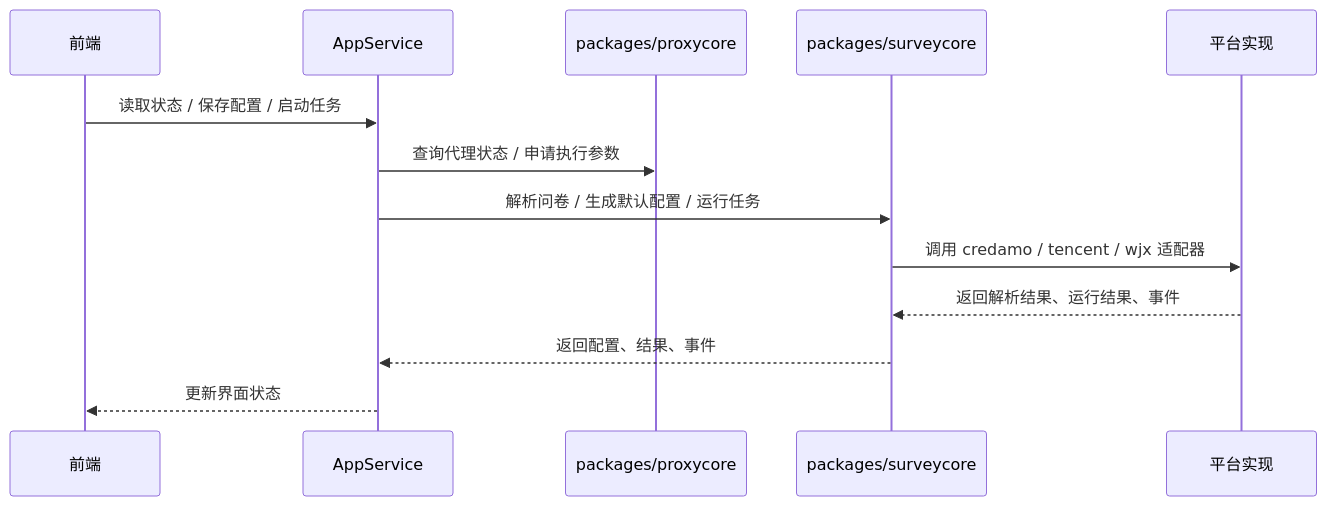
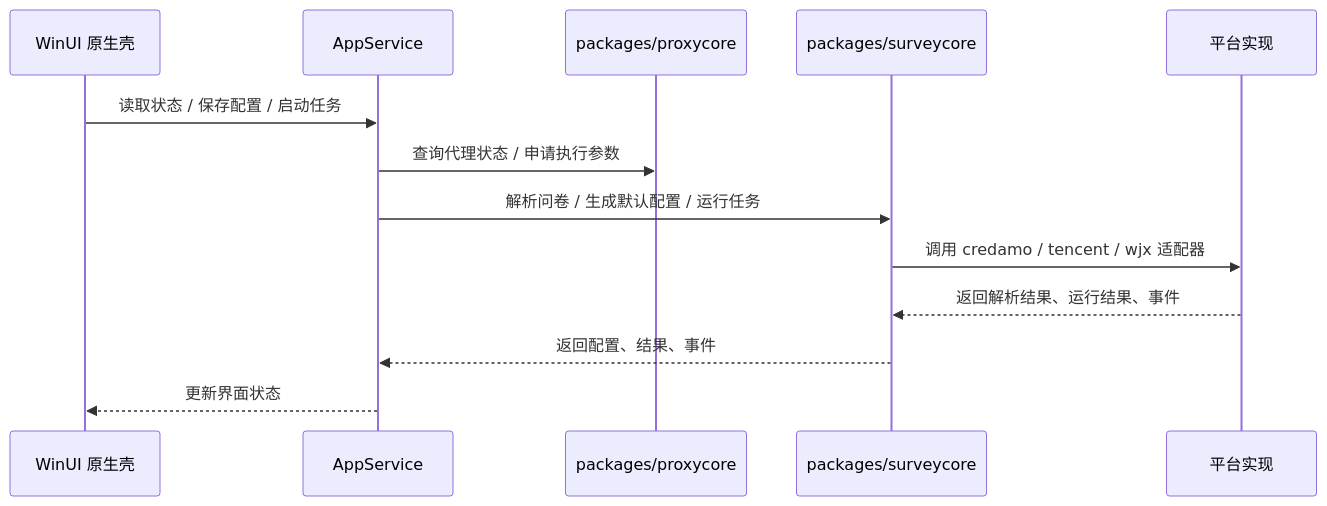
The second of 2 diagrams in README.md (hungryM0/SurveyController), drawn with Mermaid before and after one commit. The commit also changed 132 other files, not shown here.

````diff
--- a/README.md
+++ b/README.md
@@ -81,16 +81,16 @@
 ```mermaid
 sequenceDiagram
-  participant F as 前端
+  participant F as WinUI 原生壳
   participant A as AppService
   participant P as packages/proxycore
   participant S as packages/surveycore
   participant X as 平台实现
 
   F->>A: 读取状态 / 保存配置 / 启动任务
   A->>P: 查询代理状态 / 申请执行参数
   A->>S: 解析问卷 / 生成默认配置 / 运行任务
   S->>X: 调用 credamo / tencent / wjx 适配器
   X-->>S: 返回解析结果、运行结果、事件
   S-->>A: 返回配置、结果、事件
   A-->>F: 更新界面状态
 ```
````
